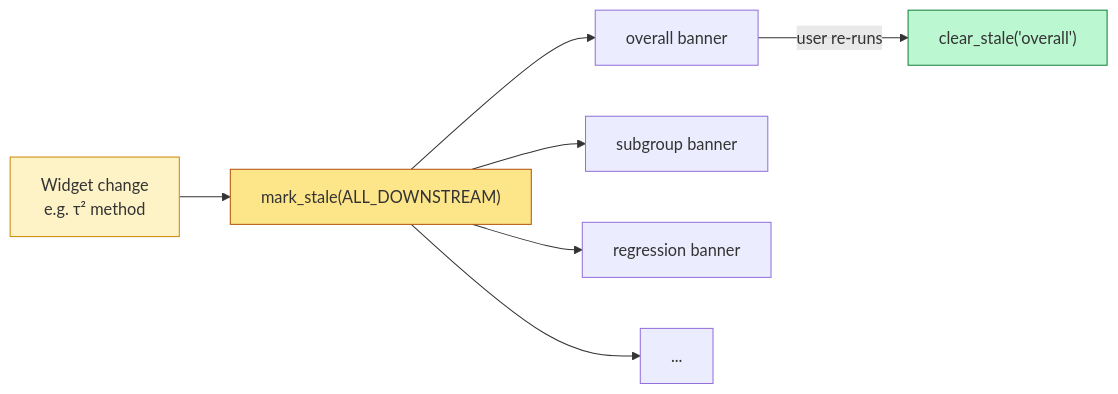
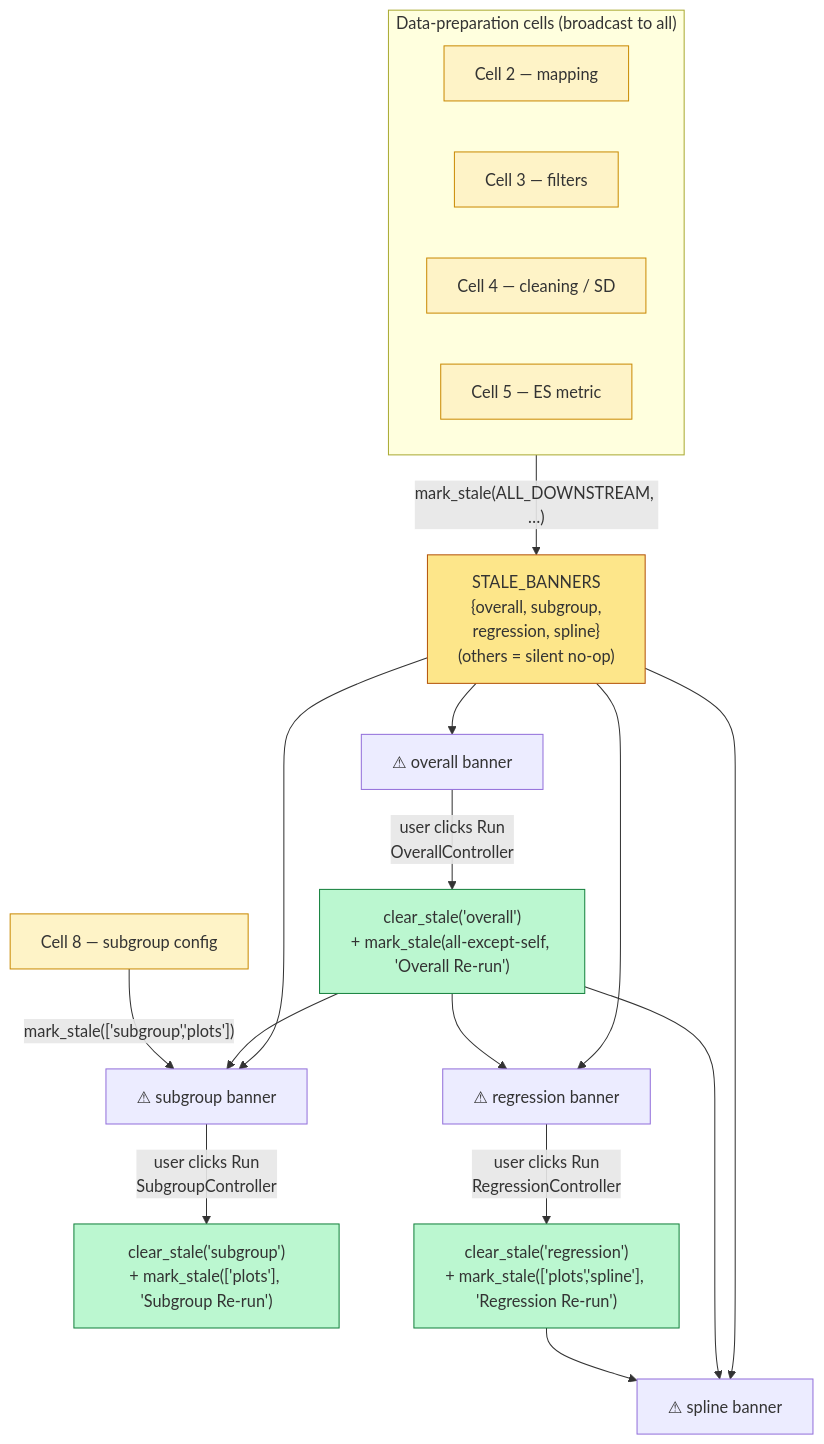
One commit to ErickJLA/CoMeta changed the first of 9 diagrams in docs/architecture_and_data_flow.md. Above: the diagram before and after it, drawn with Mermaid. The commit also changed other lines of this file, not shown here.

````diff
--- a/docs/architecture_and_data_flow.md
+++ b/docs/architecture_and_data_flow.md
@@ -47,12 +99,30 @@
 ```mermaid
-flowchart LR
-    W["Widget change<br/>e.g. τ² method"]:::w --> M["mark_stale(ALL_DOWNSTREAM)"]:::s
-    M --> B1["overall banner"]
-    M --> B2["subgroup banner"]
-    M --> B3["regression banner"]
-    M --> B4["..."]
-    B1 -->|user re-runs| C["clear_stale('overall')"]:::c
+flowchart TD
+    subgraph DATA["Data-preparation cells (broadcast to all)"]
+        C2["Cell 2 — mapping"]:::w
+        C3["Cell 3 — filters"]:::w
+        C4["Cell 4 — cleaning / SD"]:::w
+        C5["Cell 5 — ES metric"]:::w
+    end
+
+    DATA -->|"mark_stale(ALL_DOWNSTREAM, …)"| BANNERS["STALE_BANNERS<br/>{overall, subgroup,<br/>regression, spline}<br/>(others = silent no-op)"]:::s
+
+    BANNERS --> OV["⚠ overall banner"]
+    BANNERS --> SG["⚠ subgroup banner"]
+    BANNERS --> RG["⚠ regression banner"]
+    BANNERS --> SP["⚠ spline banner"]
+
+    OV -->|"user clicks Run<br/>OverallController"| OVR["clear_stale('overall')<br/>+ mark_stale(all-except-self, 'Overall Re-run')"]:::c
+    OVR --> SG
+    OVR --> RG
+    OVR --> SP
+
+    C8["Cell 8 — subgroup config"]:::w -->|"mark_stale(['subgroup','plots'])"| SG
+    SG -->|"user clicks Run<br/>SubgroupController"| SGR["clear_stale('subgroup')<br/>+ mark_stale(['plots'], 'Subgroup Re-run')"]:::c
+    RG -->|"user clicks Run<br/>RegressionController"| RGR["clear_stale('regression')<br/>+ mark_stale(['plots','spline'], 'Regression Re-run')"]:::c
+    RGR --> SP
+
     classDef w fill:#fef3c7,stroke:#ca8a04
     classDef s fill:#fde68a,stroke:#b45309
     classDef c fill:#bbf7d0,stroke:#15803d
 ```
````
